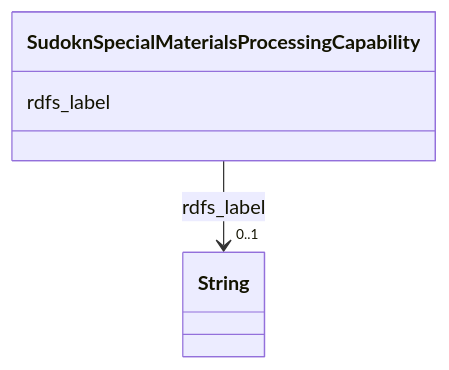
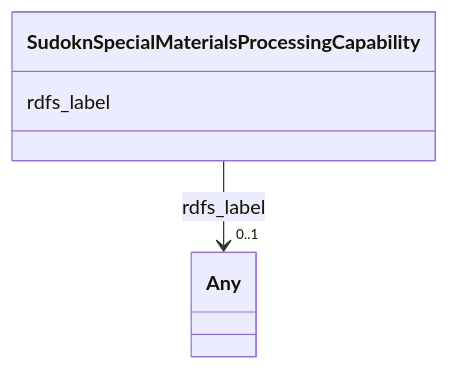
The diagram in sudokn-kg/classes/SudoknSpecialMaterialsProcessingCapability.md (frink-okn/graph-descriptions), drawn with Mermaid before and after one commit. The commit also changed other lines of this file and 903 other files, not shown here.

````diff
--- a/sudokn-kg/classes/SudoknSpecialMaterialsProcessingCapability.md
+++ b/sudokn-kg/classes/SudoknSpecialMaterialsProcessingCapability.md
@@ -23,15 +18,15 @@
 ```mermaid
  classDiagram
     class SudoknSpecialMaterialsProcessingCapability
     click SudoknSpecialMaterialsProcessingCapability href "../SudoknSpecialMaterialsProcessingCapability"
       SudoknSpecialMaterialsProcessingCapability : rdfs_label
         
           
     
     
-    SudoknSpecialMaterialsProcessingCapability --> "0..1" String : rdfs_label
-    click String href "../String"
+    SudoknSpecialMaterialsProcessingCapability --> "0..1" Any : rdfs_label
+    click Any href "../Any"
 
         
       
 ```
````
